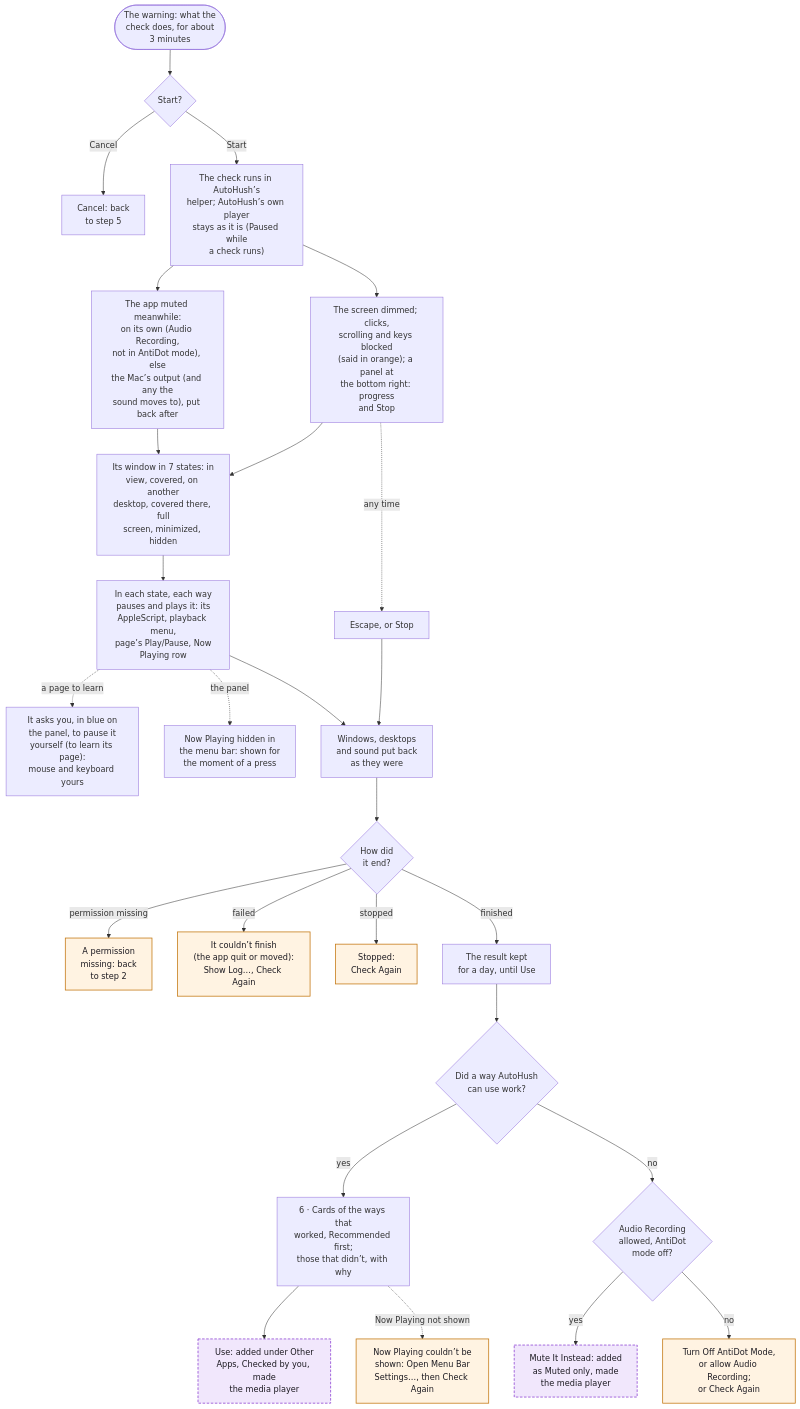
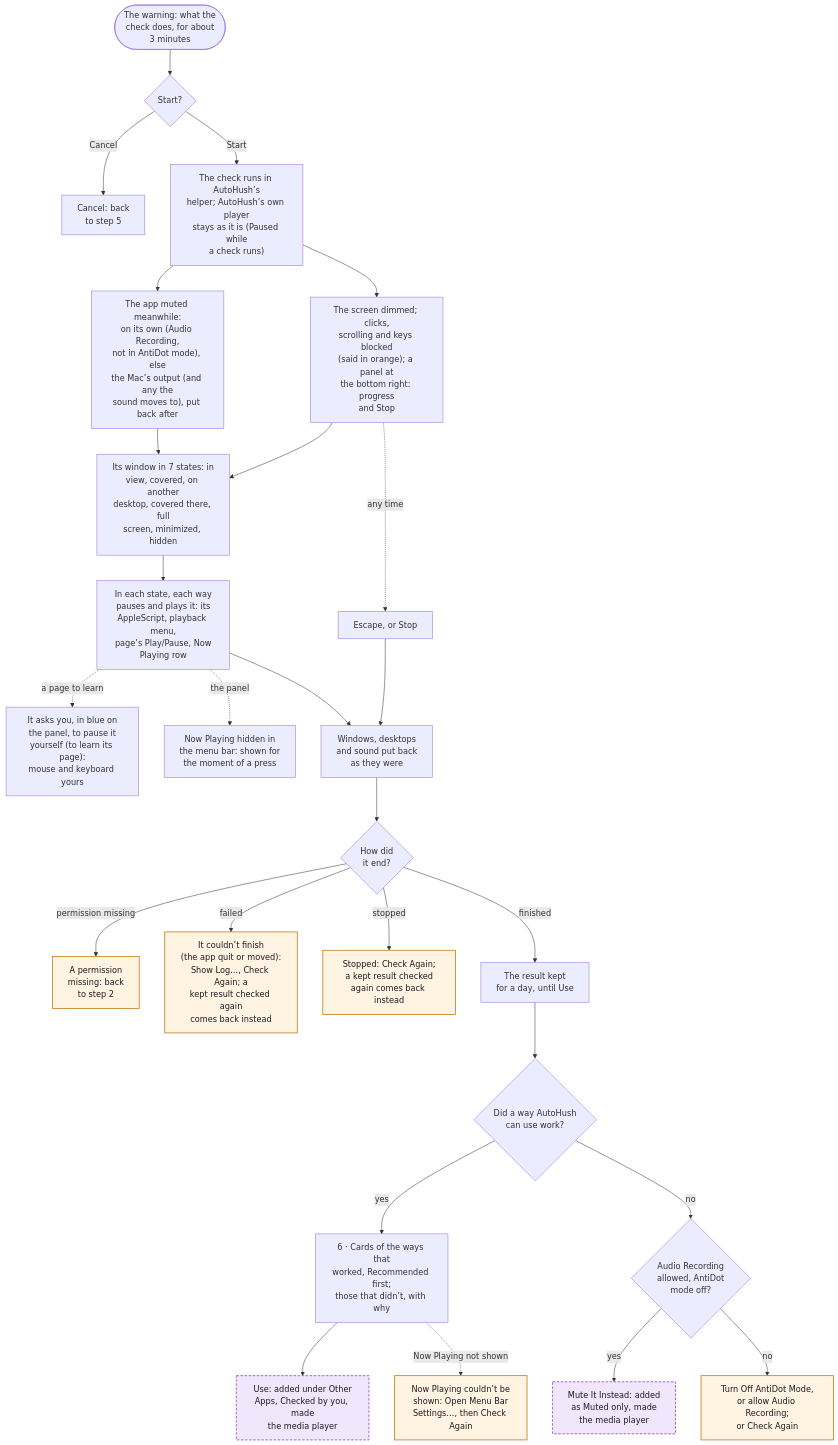
The tenth of 14 diagrams in WORKFLOWS.md (hfustercabre/AutoHush), drawn with Mermaid before and after one commit. The commit also changed other lines of this file, not shown here.

Commit message:
docs: WORKFLOWS follows the audit's fixes 6 to 11
Learn Again asks first while Add a Web App adds one, a kept result
checked again comes back when the check doesn't finish, and a copy that
can't install updates says the update is available.

````diff
--- a/WORKFLOWS.md
+++ b/WORKFLOWS.md
@@ -497,56 +497,56 @@
 ```mermaid
 flowchart TD
   WARN(["The warning: what the<br/>check does, for about<br/>3 minutes"])
   GO{"Start?"}
   BACK["Cancel: back<br/>to step 5"]
   RUN["The check runs in AutoHush’s<br/>helper; AutoHush’s own player<br/>stays as it is (Paused while<br/>a check runs)"]
   BLOCK["The screen dimmed; clicks,<br/>scrolling and keys blocked<br/>(said in orange); a panel at<br/>the bottom right: progress<br/>and Stop"]
   MUTE["The app muted meanwhile:<br/>on its own (Audio Recording,<br/>not in AntiDot mode), else<br/>the Mac’s output (and any the<br/>sound moves to), put back after"]
   STATES["Its window in 7 states: in<br/>view, covered, on another<br/>desktop, covered there, full<br/>screen, minimized, hidden"]
   WAYS["In each state, each way<br/>pauses and plays it: its<br/>AppleScript, playback menu,<br/>page’s Play/Pause, Now<br/>Playing row"]
   ASK["It asks you, in blue on<br/>the panel, to pause it<br/>yourself (to learn its page):<br/>mouse and keyboard yours"]
   SHOW["Now Playing hidden in<br/>the menu bar: shown for<br/>the moment of a press"]
   STOP["Escape, or Stop"]
   PUT["Windows, desktops<br/>and sound put back<br/>as they were"]
   HOW{"How did<br/>it end?"}
   PERM["A permission<br/>missing: back<br/>to step 2"]
-  FAIL["It couldn’t finish<br/>(the app quit or moved):<br/>Show Log…, Check Again"]
-  STOPPED["Stopped:<br/>Check Again"]
+  FAIL["It couldn’t finish<br/>(the app quit or moved):<br/>Show Log…, Check Again; a<br/>kept result checked again<br/>comes back instead"]
+  STOPPED["Stopped: Check Again;<br/>a kept result checked<br/>again comes back instead"]
   KEEP["The result kept<br/>for a day, until Use"]
   ANY{"Did a way AutoHush<br/>can use work?"}
   CARDS["6 · Cards of the ways that<br/>worked, Recommended first;<br/>those that didn’t, with why"]
   USE["Use: added under Other<br/>Apps, Checked by you, made<br/>the media player"]
   NPH["Now Playing couldn’t be<br/>shown: Open Menu Bar<br/>Settings…, then Check Again"]
   MUT{"Audio Recording<br/>allowed, AntiDot<br/>mode off?"}
   MII["Mute It Instead: added<br/>as Muted only, made<br/>the media player"]
   ANTI["Turn Off AntiDot Mode,<br/>or allow Audio Recording;<br/>or Check Again"]
 
   WARN --> GO
   GO -->|"Cancel"| BACK
   GO -->|"Start"| RUN
   RUN --> BLOCK
   RUN --> MUTE
   BLOCK --> STATES
   MUTE --> STATES
   STATES --> WAYS
   WAYS -.->|"a page to learn"| ASK
   WAYS -.->|"the panel"| SHOW
   BLOCK -.->|"any time"| STOP
   STOP --> PUT
   WAYS --> PUT
   PUT --> HOW
   HOW -->|"finished"| KEEP --> ANY
   HOW -->|"permission missing"| PERM
   HOW -->|"failed"| FAIL
   HOW -->|"stopped"| STOPPED
   ANY -->|"yes"| CARDS --> USE
   CARDS -.->|"Now Playing not shown"| NPH
   ANY -->|"no"| MUT
   MUT -->|"yes"| MII
   MUT -->|"no"| ANTI
 
   class USE,MII ref
   class FAIL,STOPPED,PERM,NPH,ANTI warn
   classDef ref fill:#f1e7fc,stroke:#8a3fd1,stroke-width:1.5px,stroke-dasharray: 5 3,color:#1d1b22
   classDef warn fill:#fff3e2,stroke:#c47812,stroke-width:1.5px,color:#1d1b22
 ```
````
